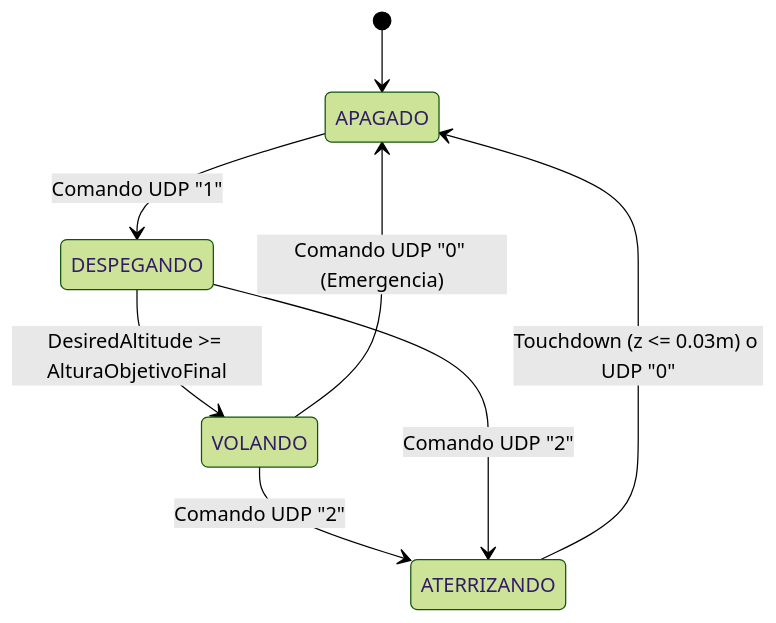
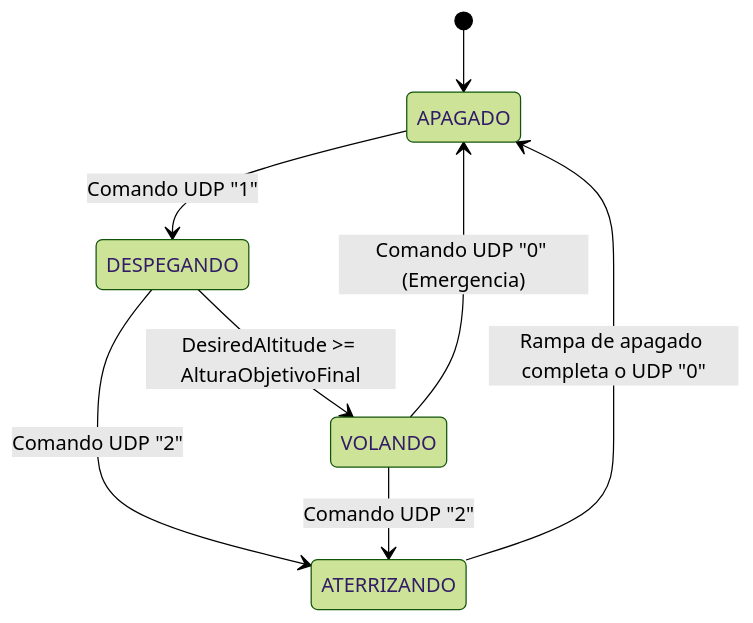
One commit to Ogas123/firmware_dron changed the second of 2 diagrams in README.md. Above: the diagram before and after it, drawn with Mermaid (forest theme). The commit also changed other lines of this file and 7 other files, not shown here.

````diff
--- a/README.md
+++ b/README.md
@@ -164,10 +181,10 @@
 ```mermaid
 stateDiagram-v2
     [*] --> APAGADO
     APAGADO --> DESPEGANDO: Comando UDP "1"
     DESPEGANDO --> VOLANDO: DesiredAltitude >= AlturaObjetivoFinal
+    DESPEGANDO --> ATERRIZANDO: Comando UDP "2"
     VOLANDO --> ATERRIZANDO: Comando UDP "2"
-    DESPEGANDO --> ATERRIZANDO: Comando UDP "2"
     VOLANDO --> APAGADO: Comando UDP "0" (Emergencia)
-    ATERRIZANDO --> APAGADO: Touchdown (z <= 0.03m) o UDP "0"
+    ATERRIZANDO --> APAGADO: Rampa de apagado completa o UDP "0"
 ```
````
